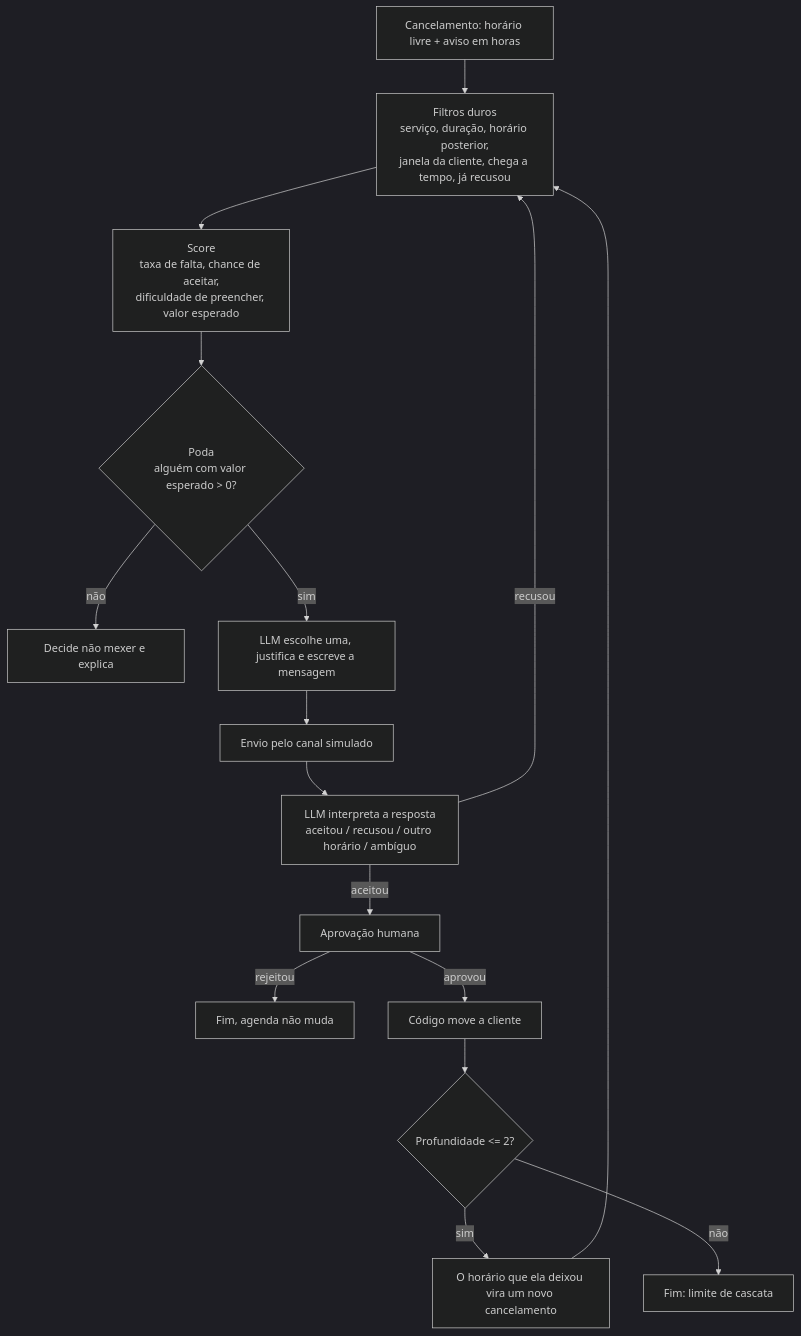
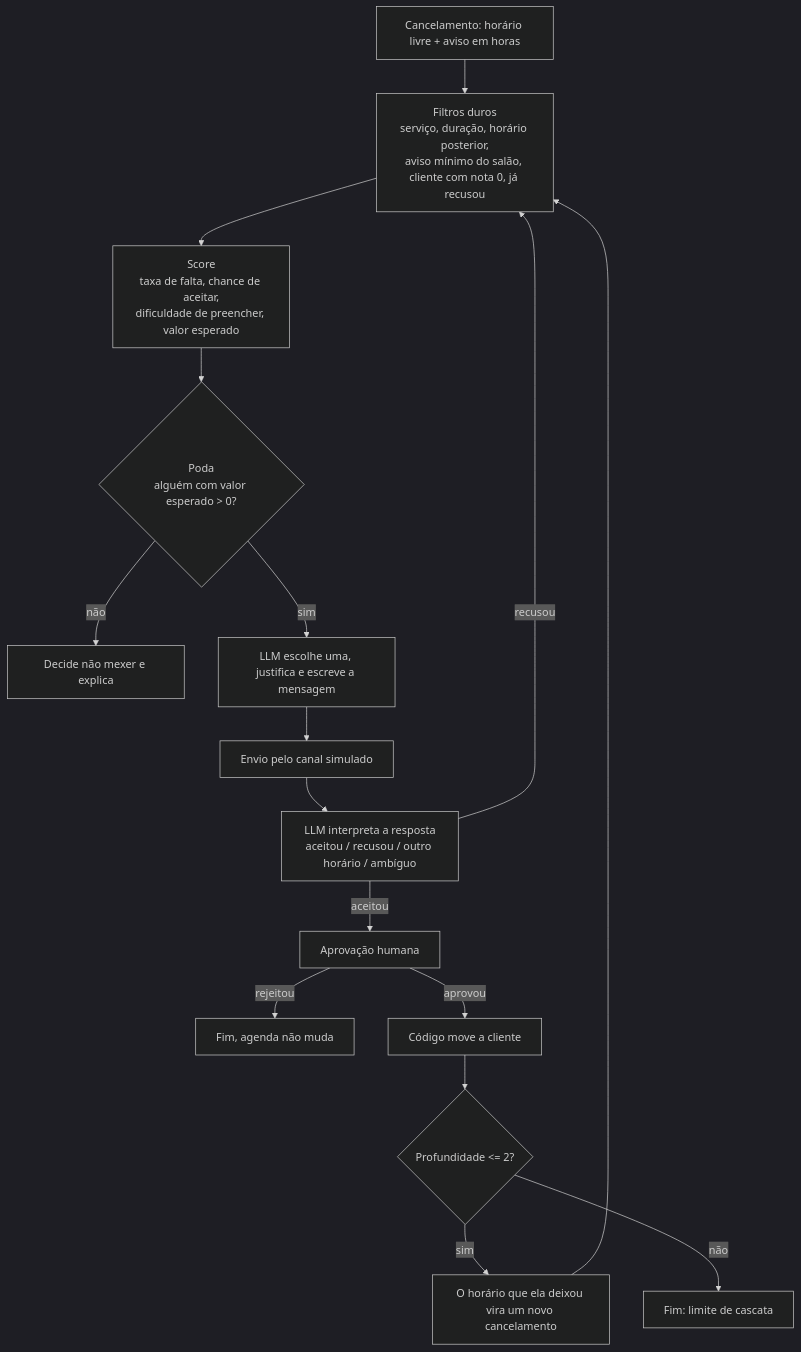
The diagram in agente-remarcacao/README.md (samuel000px/FlowAgenda-AI), drawn with Mermaid (dark theme) before and after one commit. The commit also changed other lines of this file and 17 other files, not shown here.

First line of the commit message:
Cadastro enxuto: nota de 0 a 10, aviso mínimo e botão de sem resposta

````diff
--- a/agente-remarcacao/README.md
+++ b/agente-remarcacao/README.md
@@ -23,17 +23,17 @@
 ```mermaid
 flowchart TD
-    A[Cancelamento: horário livre + aviso em horas] --> B[Filtros duros<br/>serviço, duração, horário posterior,<br/>janela da cliente, chega a tempo, já recusou]
+    A[Cancelamento: horário livre + aviso em horas] --> B[Filtros duros<br/>serviço, duração, horário posterior,<br/>aviso mínimo do salão, cliente com nota 0, já recusou]
     B --> C[Score<br/>taxa de falta, chance de aceitar,<br/>dificuldade de preencher, valor esperado]
     C --> D{Poda<br/>alguém com valor esperado > 0?}
     D -- não --> N[Decide não mexer e explica]
     D -- sim --> E[LLM escolhe uma, justifica e escreve a mensagem]
     E --> F[Envio pelo canal simulado]
     F --> G[LLM interpreta a resposta<br/>aceitou / recusou / outro horário / ambíguo]
     G -- recusou --> B
     G -- aceitou --> H[Aprovação humana]
     H -- rejeitou --> R[Fim, agenda não muda]
     H -- aprovou --> I[Código move a cliente]
     I --> J{Profundidade <= 2?}
     J -- sim --> K[O horário que ela deixou vira um novo cancelamento] --> B
     J -- não --> L[Fim: limite de cascata]
 ```
````
